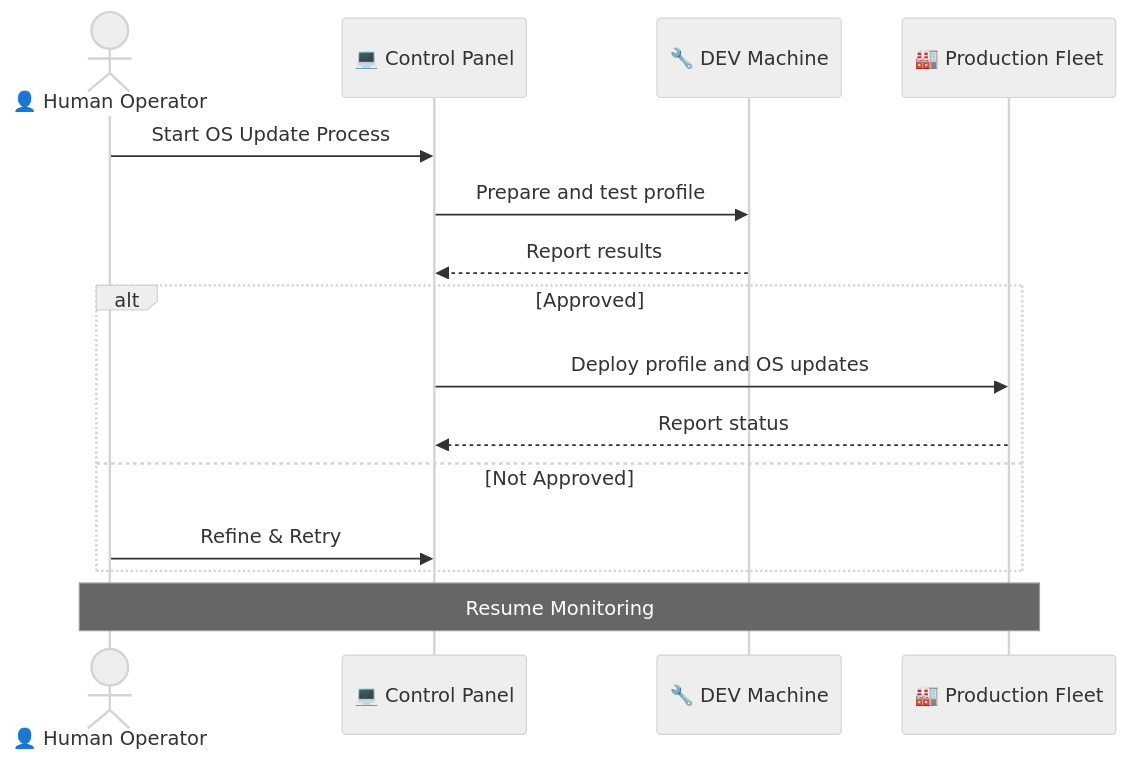
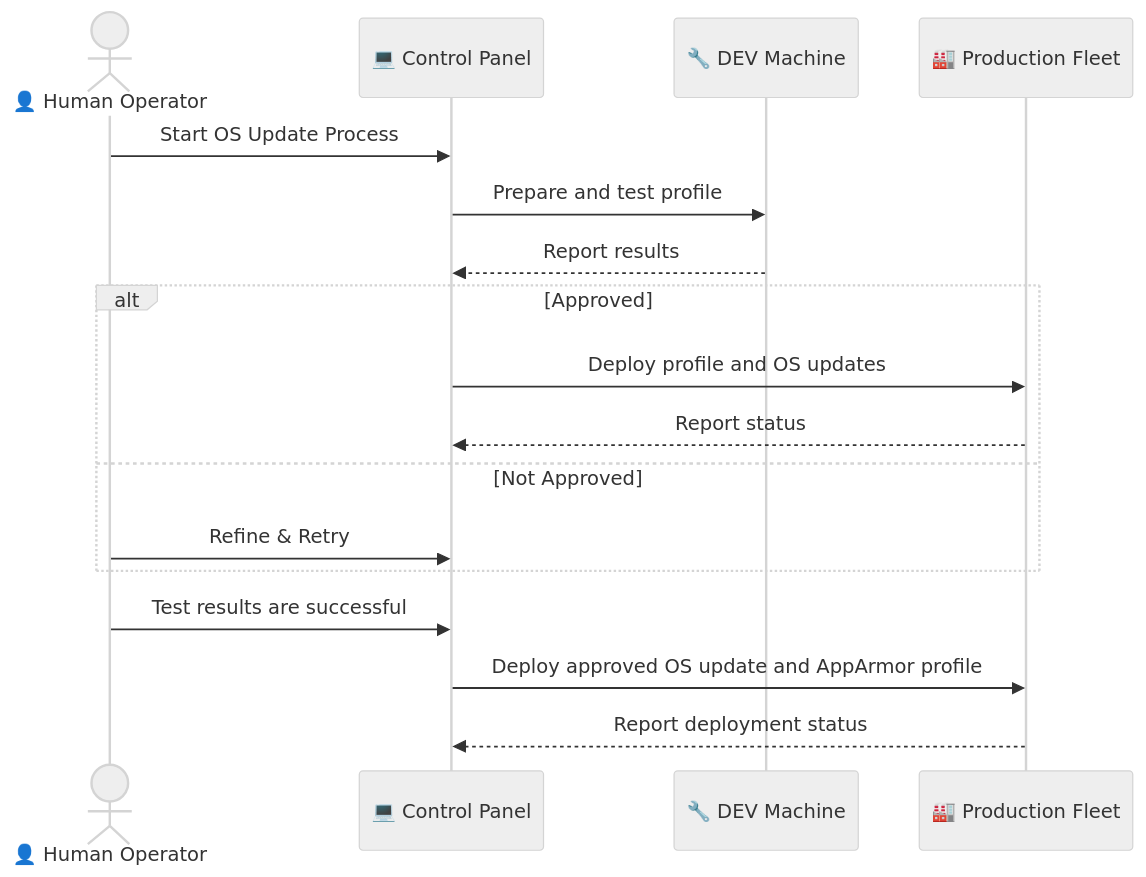
One commit to jimmyloi1025/apparmor_automation changed the second of 16 diagrams in COMPLETE_WORKFLOW.md. Above: the diagram before and after it, drawn with Mermaid (neutral theme).

````diff
--- a/COMPLETE_WORKFLOW.md
+++ b/COMPLETE_WORKFLOW.md
@@ -102,20 +102,23 @@
 ```mermaid
 sequenceDiagram
     actor Human as 👤 Human Operator
     participant CP as 💻 Control Panel
     participant DEV as 🔧 DEV Machine
     participant PROD as 🏭 Production Fleet
 
     Human->>CP: Start OS Update Process
     CP->>DEV: Prepare and test profile
     DEV-->>CP: Report results
 
     alt Approved
         CP->>PROD: Deploy profile and OS updates
         PROD-->>CP: Report status
     else Not Approved
         Human->>CP: Refine & Retry
     end
 
-    Note over Human,PROD: Resume Monitoring
+    Human->>CP: Test results are successful
+    CP->>PROD: Deploy approved OS update and AppArmor profile
+    PROD-->>CP: Report deployment status
+
 ```
````
